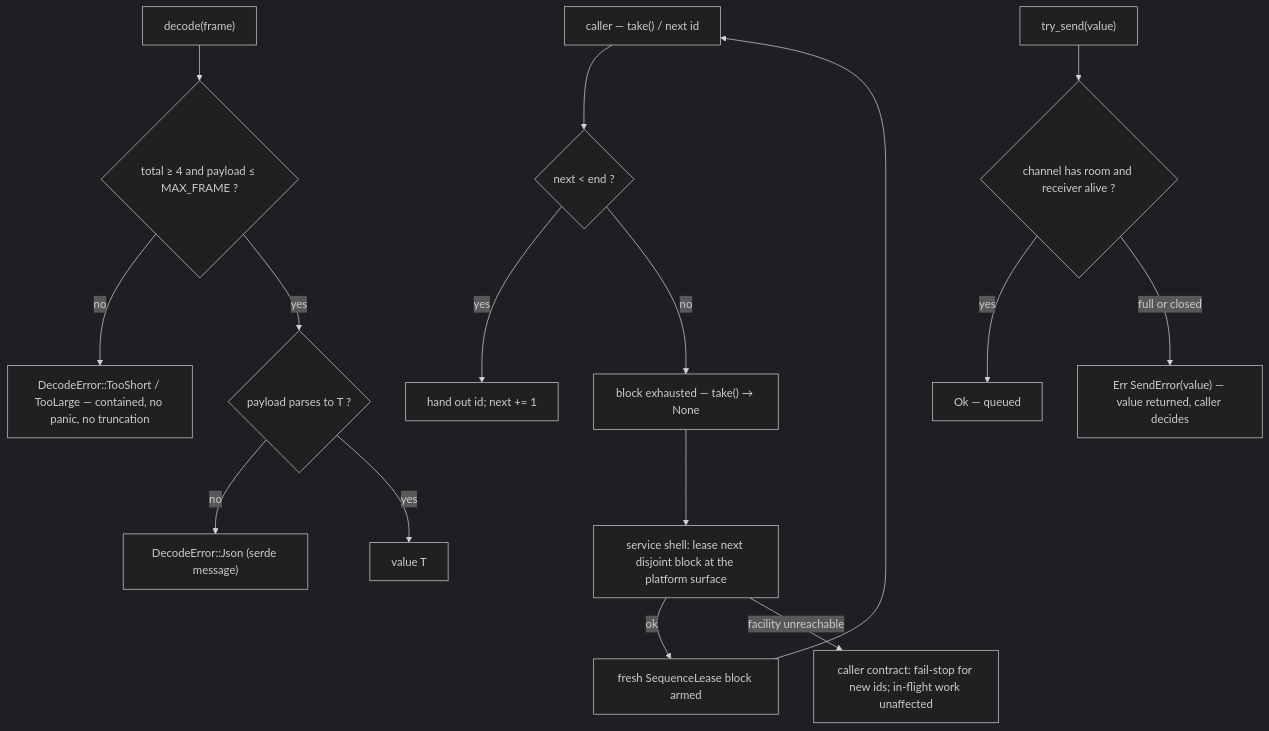
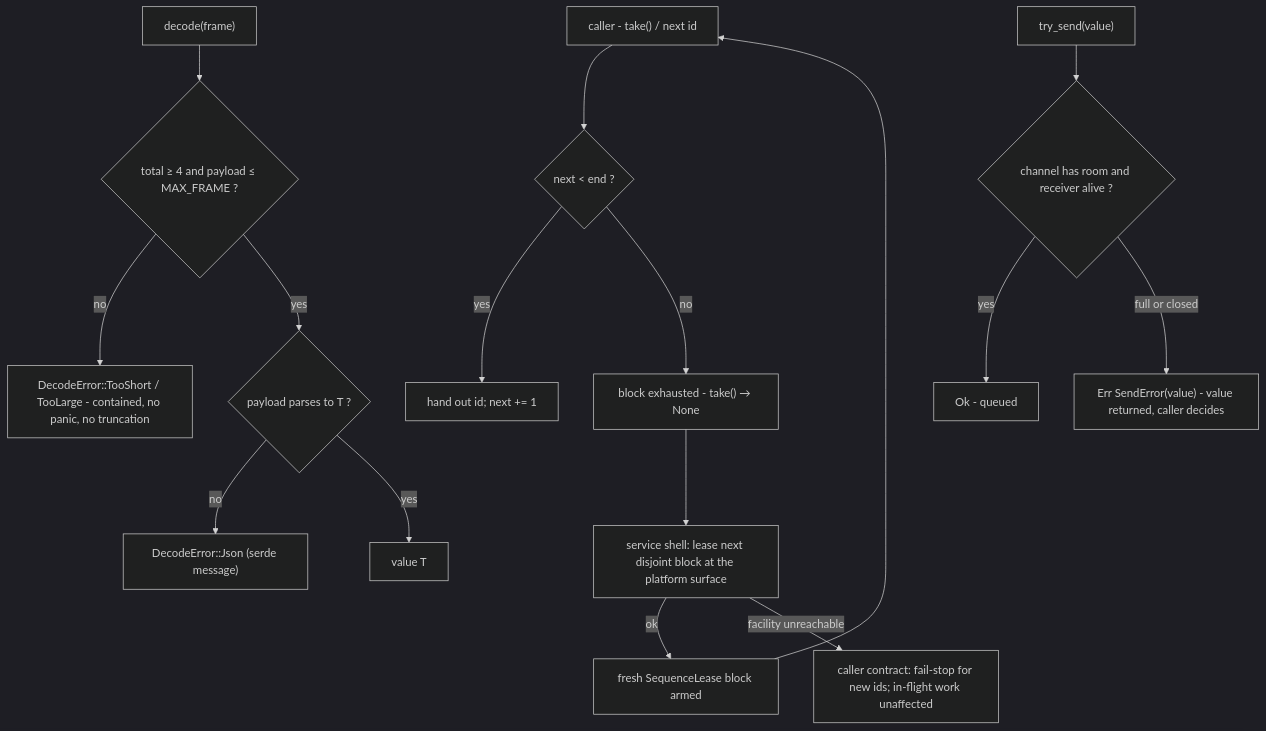
Before and after one commit to Exchange8-dev/exchange8-sdk: the seventh of 9 diagrams in crates/wire/DESIGN.md, drawn with Mermaid (dark theme). The commit also changed other lines of this file and 60 other files, not shown here.

````diff
--- a/crates/wire/DESIGN.md
+++ b/crates/wire/DESIGN.md
@@ -285,19 +285,19 @@
 ```mermaid
 flowchart TD
-    TAKE["caller — take() / next id"] --> HAVE{"next < end ?"}
+    TAKE["caller - take() / next id"] --> HAVE{"next < end ?"}
     HAVE -->|yes| HAND["hand out id; next += 1"]
-    HAVE -->|no| X["block exhausted — take() → None"]
+    HAVE -->|no| X["block exhausted - take() → None"]
     X --> REFILL["service shell: lease next disjoint block at the platform surface"]
     REFILL -->|ok| REARM["fresh SequenceLease block armed"] --> TAKE
     REFILL -->|facility unreachable| STOP["caller contract: fail-stop for new ids; in-flight work unaffected"]
 
     DECD["decode(frame)"] --> L{"total ≥ 4 and payload ≤ MAX_FRAME ?"}
-    L -->|no| ERR["DecodeError::TooShort / TooLarge — contained, no panic, no truncation"]
+    L -->|no| ERR["DecodeError::TooShort / TooLarge - contained, no panic, no truncation"]
     L -->|yes| PARSE{"payload parses to T ?"}
     PARSE -->|no| JERR["DecodeError::Json (serde message)"]
     PARSE -->|yes| OK["value T"]
 
     TS["try_send(value)"] --> CAP{"channel has room and receiver alive ?"}
-    CAP -->|yes| SENT["Ok — queued"]
-    CAP -->|full or closed| BACK["Err SendError(value) — value returned, caller decides"]
+    CAP -->|yes| SENT["Ok - queued"]
+    CAP -->|full or closed| BACK["Err SendError(value) - value returned, caller decides"]
 ```
````
